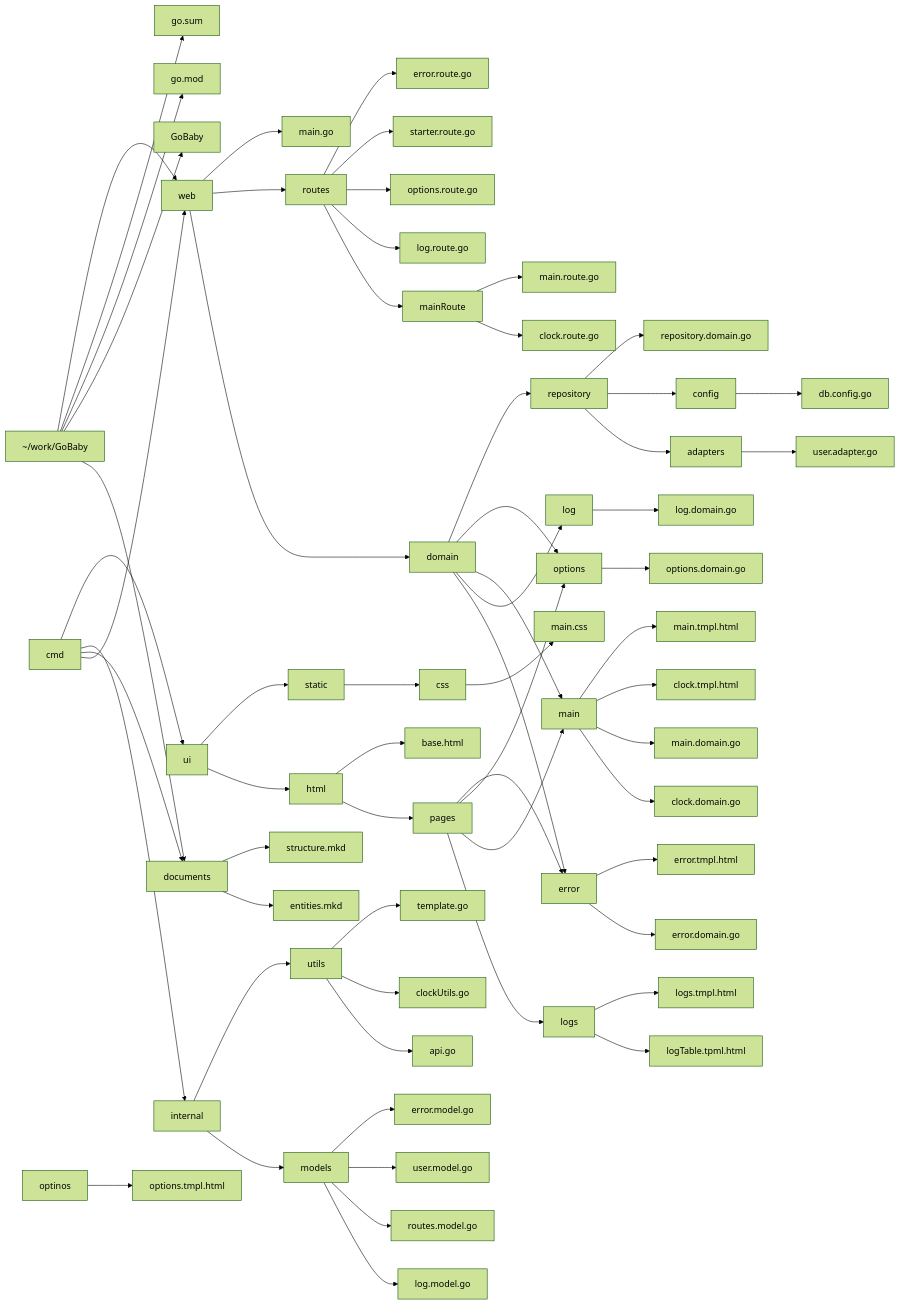
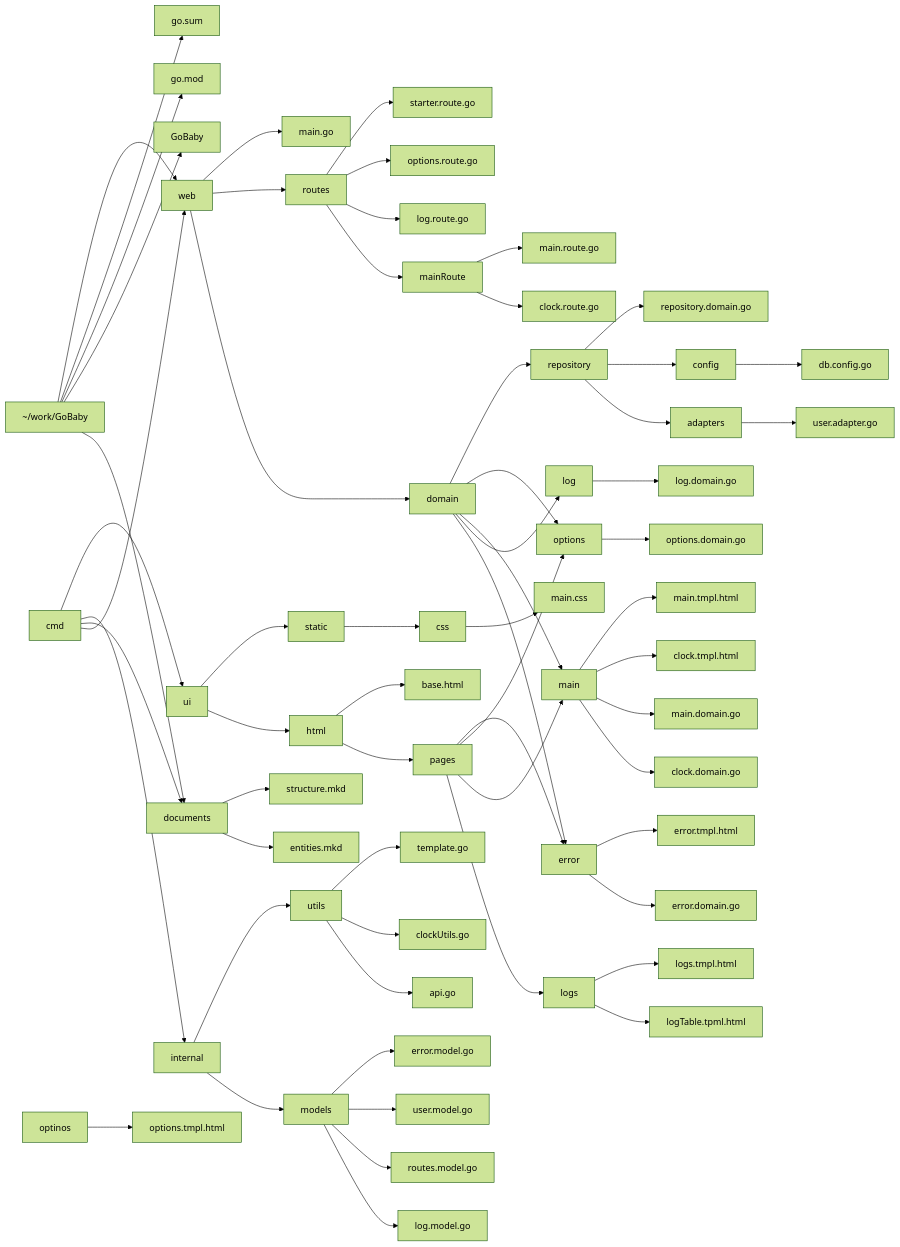
One commit to Gentleman-Programming/GoBaby changed the diagram in readme.md. Above: the diagram before and after it, drawn with Mermaid (forest theme). The commit also changed other lines of this file, not shown here.

````diff
--- a/readme.md
+++ b/readme.md
@@ -33,70 +33,69 @@
 ```mermaid
 graph LR;
 A[~/work/GoBaby]
 
 A --> documents
 A --> GoBaby
 A --> go.mod
 A --> go.sum
 A --> web
 
 cmd --> web
     web --> domain
         domain --> error
             error --> error.domain.go
         domain --> log
             log --> log.domain.go
         domain --> main
             main --> clock.domain.go
             main --> main.domain.go
         domain --> options
             options --> options.domain.go
         domain --> repository
             repository --> adapters
                 adapters --> user.adapter.go
             repository --> config
                 config --> db.config.go
             repository --> repository.domain.go
     web --> routes
         routes --> mainRoute
             mainRoute --> clock.route.go
             mainRoute --> main.route.go
         routes --> log.route.go
         routes --> options.route.go
         routes --> starter.route.go
-        routes --> error.route.go
     web --> main.go
 
 cmd --> documents
     documents --> entities.mkd
     documents --> structure.mkd
 
 cmd --> internal
     internal --> models
         models --> log.model.go
         models --> routes.model.go
         models --> user.model.go
         models --> error.model.go
     internal --> utils
         utils --> api.go
         utils --> clockUtils.go
         utils --> template.go
 
 cmd --> ui
     ui --> html
         html --> pages
             pages --> logs
                 logs --> logTable.tpml.html
                 logs --> logs.tmpl.html
             pages --> main
                 main --> clock.tmpl.html
                 main --> main.tmpl.html
             pages --> options
                 optinos --> options.tmpl.html
             pages --> error
                 error --> error.tmpl.html
         html --> base.html
     ui --> static
         static --> css
             css --> main.css
 ```
````
